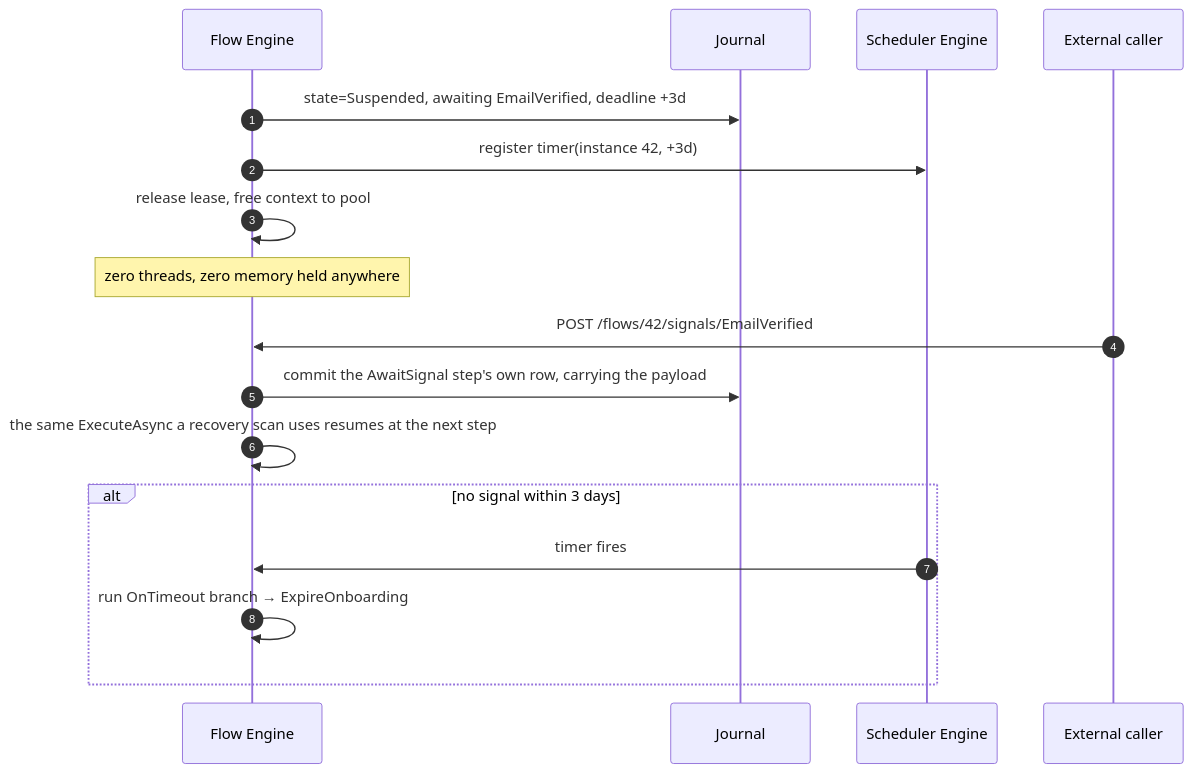
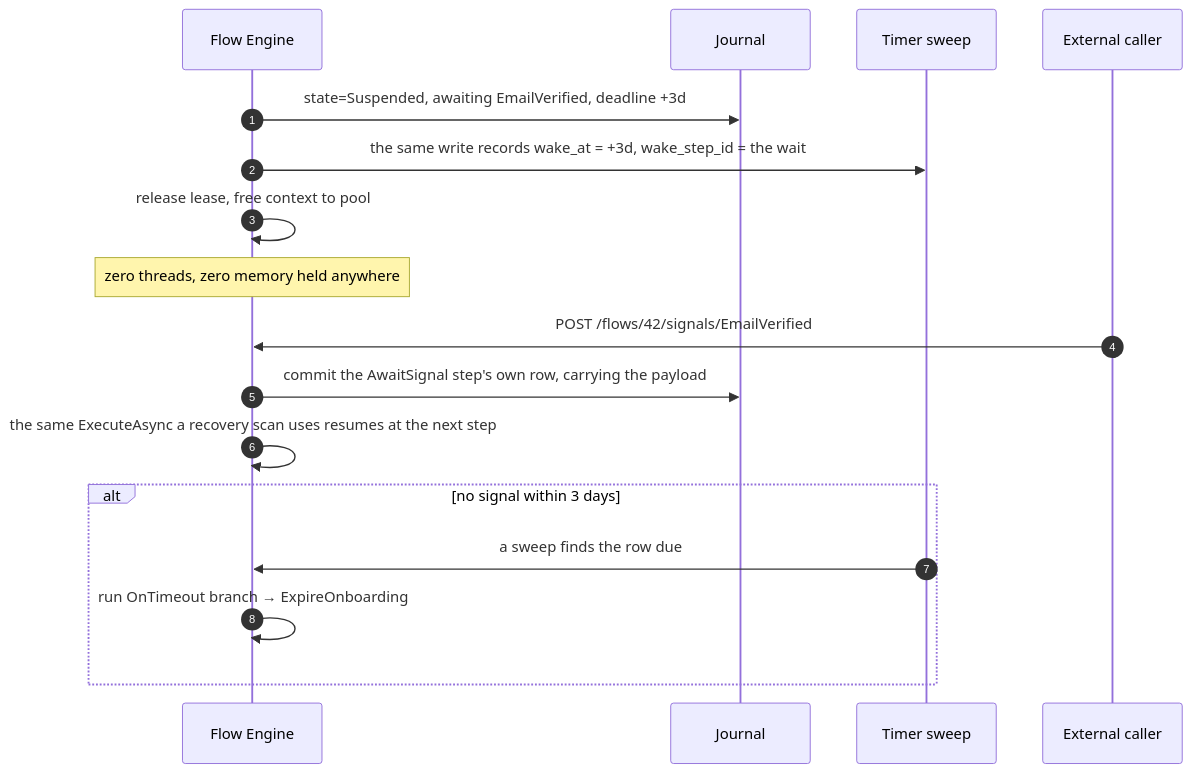
Before and after one commit to KhaiTrang1995/NexusFlow: the fourth of 7 diagrams in docs/06-Execution-Engine.md, drawn with Mermaid. The commit also changed other lines of this file and 14 other files, not shown here.

````diff
--- a/docs/06-Execution-Engine.md
+++ b/docs/06-Execution-Engine.md
@@ -444,20 +455,20 @@
 ```mermaid
 sequenceDiagram
     autonumber
     participant FE as Flow Engine
     participant J as Journal
-    participant SE as Scheduler Engine
+    participant SE as Timer sweep
     participant EXT as External caller
 
     FE->>J: state=Suspended, awaiting EmailVerified, deadline +3d
-    FE->>SE: register timer(instance 42, +3d)
+    FE->>SE: the same write records wake_at = +3d, wake_step_id = the wait
     FE->>FE: release lease, free context to pool
     Note over FE: zero threads, zero memory held anywhere
     EXT->>FE: POST /flows/42/signals/EmailVerified
     FE->>J: commit the AwaitSignal step's own row, carrying the payload
     FE->>FE: the same ExecuteAsync a recovery scan uses resumes at the next step
     alt no signal within 3 days
-        SE->>FE: timer fires
+        SE->>FE: a sweep finds the row due
         FE->>FE: run OnTimeout branch → ExpireOnboarding
     end
 ```
````
